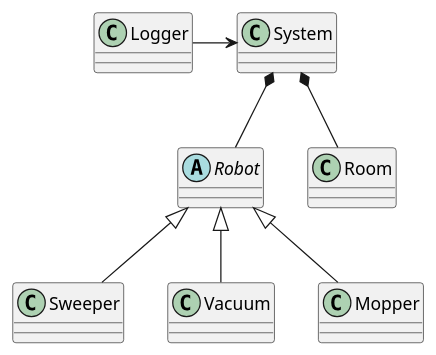
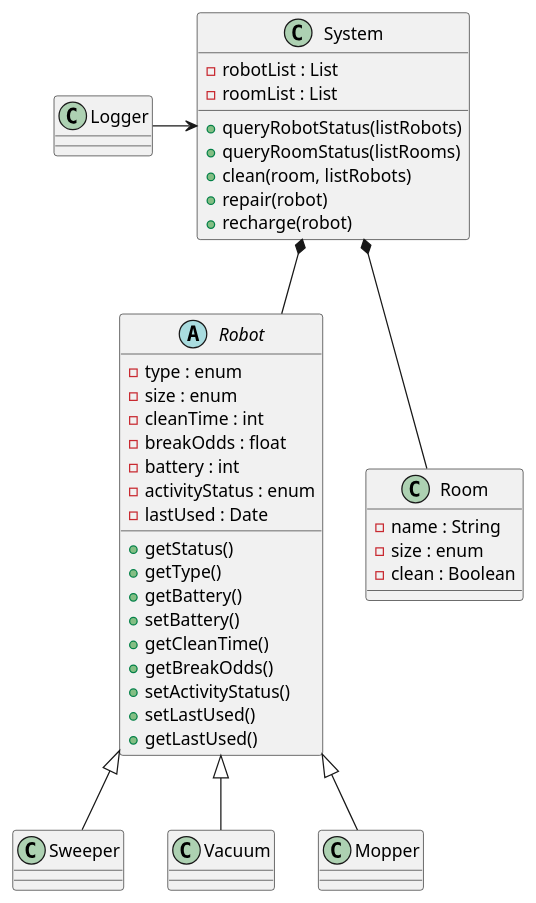
Before and after one commit to arisk02/robot-fleet-management-system: the diagram in docs/design/class_diagram/class_diagram.puml, drawn with PlantUML.

Commit message:
built out robot and system class

```diff
--- a/docs/design/class_diagram/class_diagram.puml
+++ b/docs/design/class_diagram/class_diagram.puml
@@ -1,16 +1,46 @@
 @startuml
-Class System
-Abstract class Robot
+Class System{
+    -robotList : List
+    -roomList : List
+    +queryRobotStatus(listRobots)
+    +queryRoomStatus(listRooms)
+    +clean(room, listRobots)
+    +repair(robot)
+    +recharge(robot)
+}
+Abstract class Robot{
+    -type : enum
+    -size : enum
+    -cleanTime : int
+    -breakOdds : float
+    -battery : int
+    -activityStatus : enum
+    -lastUsed : Date
+    +getStatus()
+    +getType()
+    +getBattery()
+    +setBattery()
+    +getCleanTime()
+    +getBreakOdds()
+    +setActivityStatus()
+    +setLastUsed()
+    +getLastUsed()
+}
 class Sweeper
 class Vacuum
 class Mopper
-class Room
+class Room{
+    -name : String
+    -size : enum
+    -clean : Boolean
+    
+}
 class Logger
 System *-- Robot
 Robot <|-- Sweeper
 Robot <|-- Vacuum
 Robot <|-- Mopper
 System *-- Room
 Logger -> System
 
 @enduml
```
